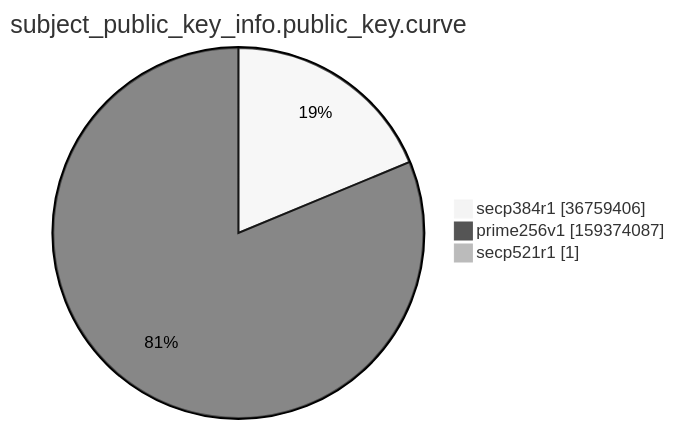
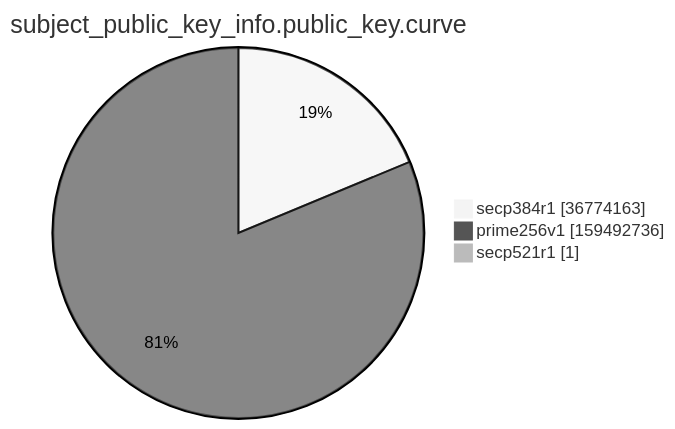
One commit to christiankrug/ctmonitor_visualization changed the ninth of 15 diagrams in argon2022/README.md. Above: the diagram before and after it, drawn with Mermaid (neutral theme). The commit also changed other lines of this file, not shown here.

````diff
--- a/argon2022/README.md
+++ b/argon2022/README.md
@@ -2766,7 +2766,7 @@
 ```mermaid
 pie showData
 title subject_public_key_info.public_key.curve
-"secp384r1" :36759406
-"prime256v1" :159374087
+"secp384r1" :36774163
+"prime256v1" :159492736
 "secp521r1" :1
 ```
````
